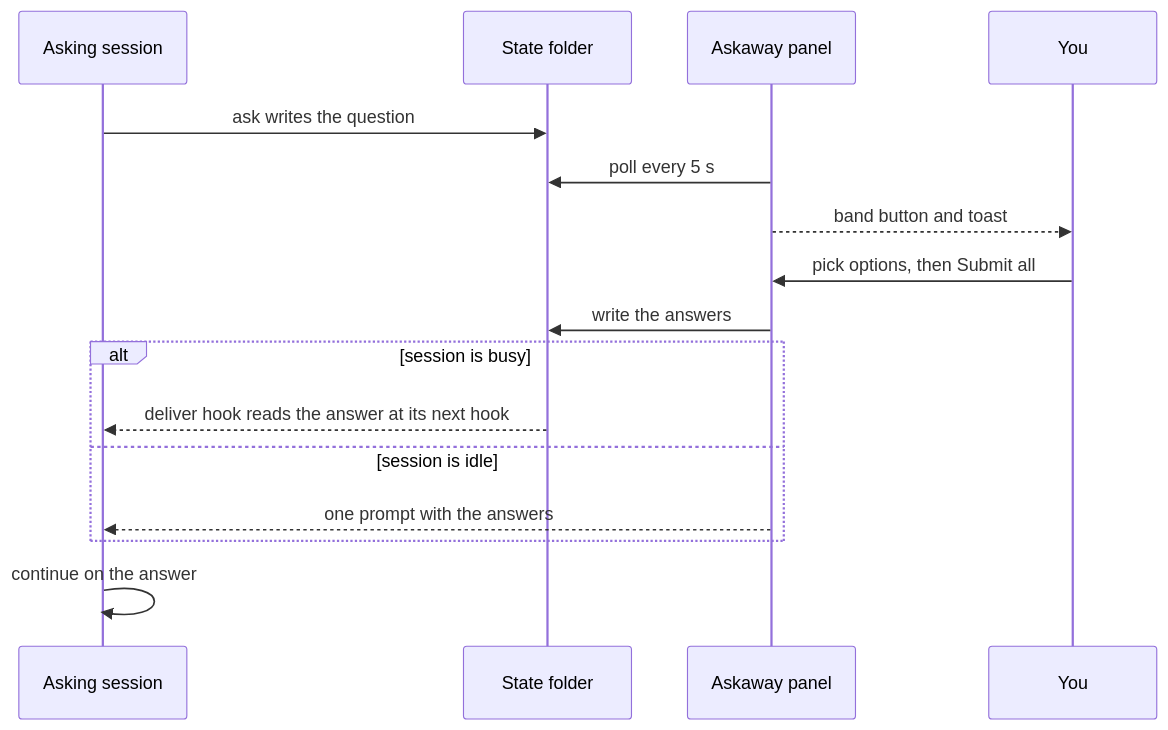
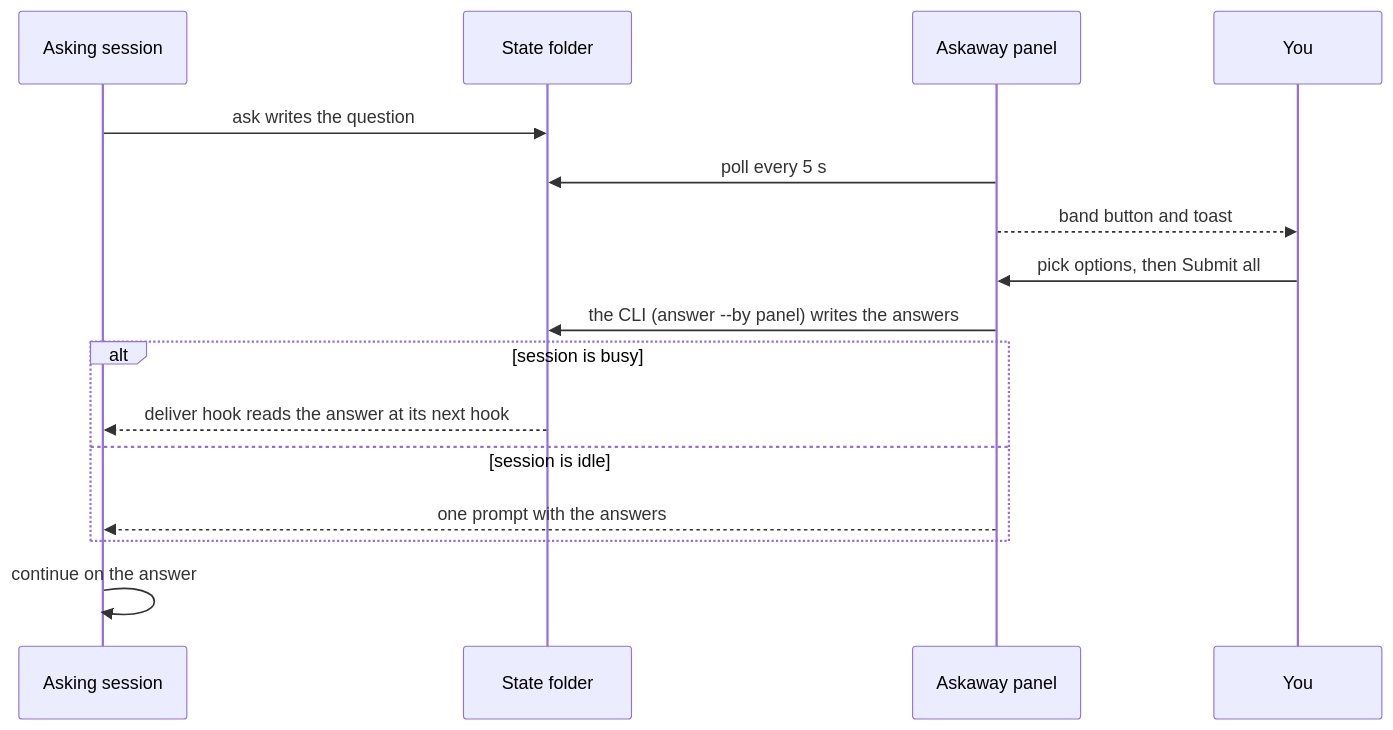
The second of 2 diagrams in README.md (KeepGlide/askaway), drawn with Mermaid before and after one commit. The commit also changed other lines of this file and 4 other files, not shown here.

First line of the commit message:
docs(askaway): document the card order, hotkeys, CLI and panel writer

````diff
--- a/README.md
+++ b/README.md
@@ -75,18 +73,18 @@
 ```mermaid
 sequenceDiagram
     participant Agent as Asking session
     participant Folder as State folder
     participant Panel as Askaway panel
     participant You as You
     Agent->>Folder: ask writes the question
     Panel->>Folder: poll every 5 s
     Panel-->>You: band button and toast
     You->>Panel: pick options, then Submit all
-    Panel->>Folder: write the answers
+    Panel->>Folder: the CLI (answer --by panel) writes the answers
     alt session is busy
         Folder-->>Agent: deliver hook reads the answer at its next hook
     else session is idle
         Panel-->>Agent: one prompt with the answers
     end
     Agent->>Agent: continue on the answer
 ```
````
